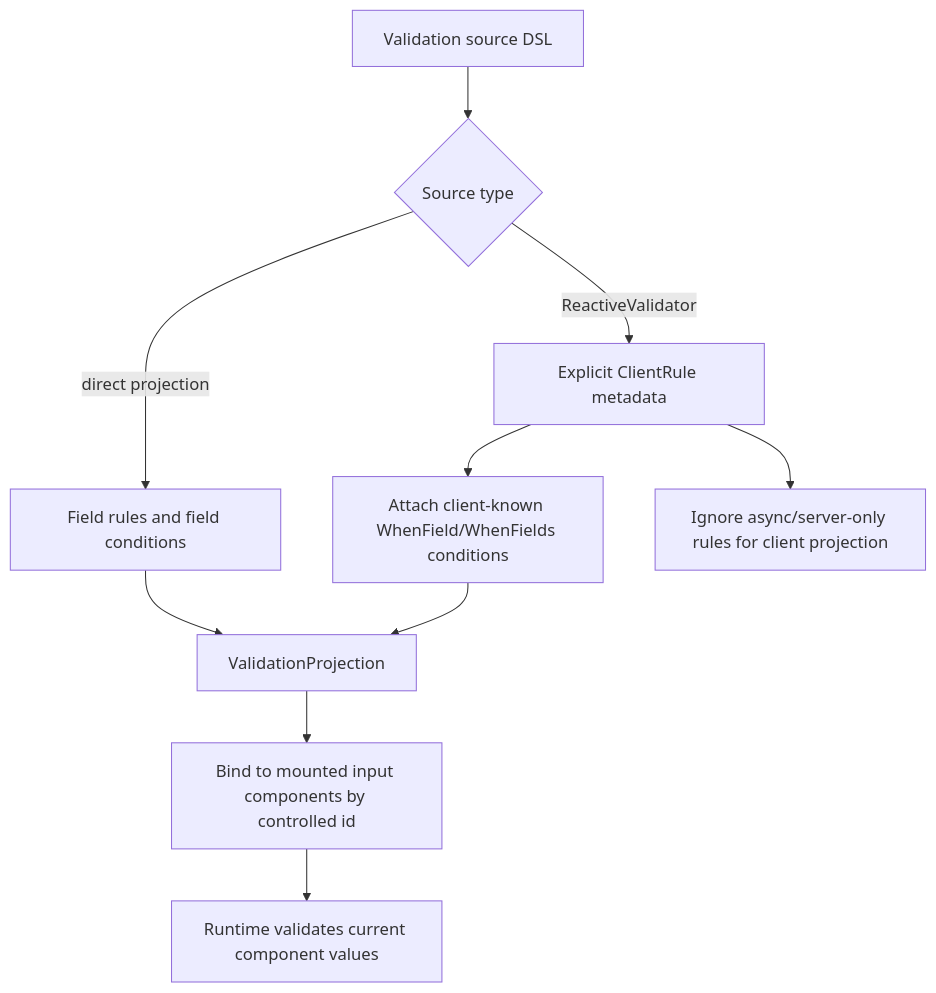
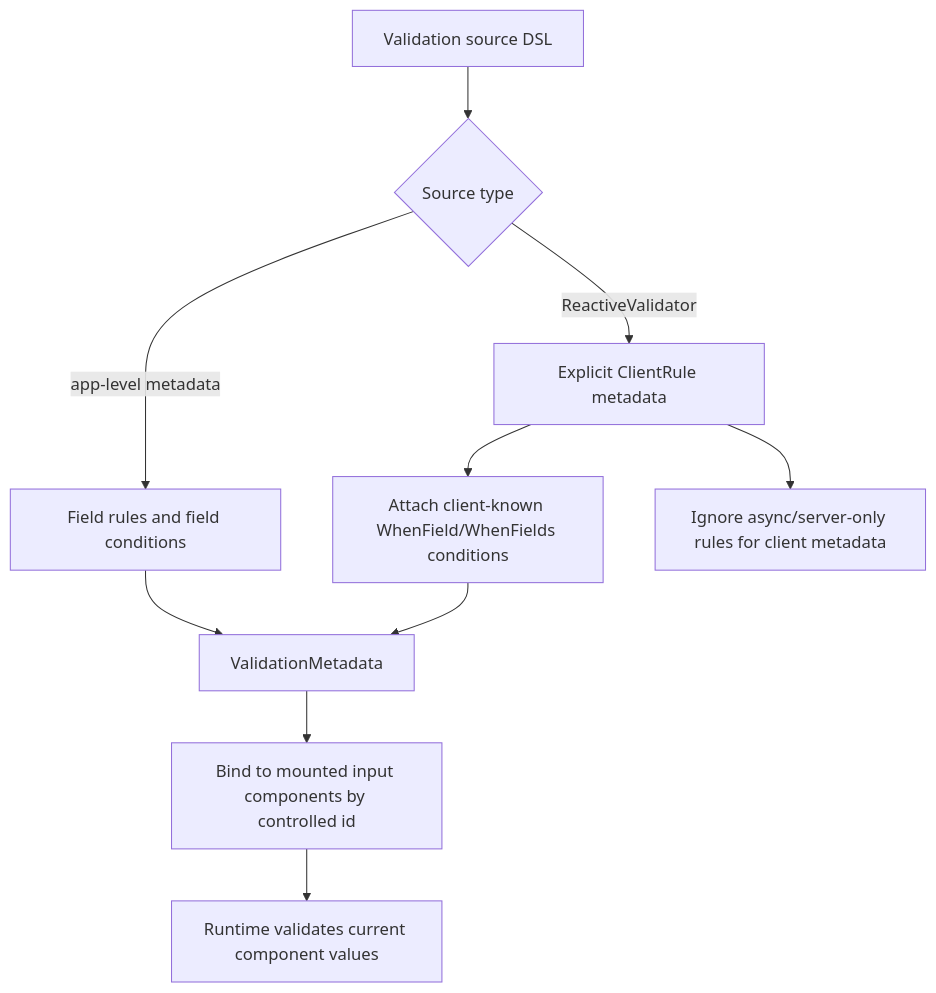
Before and after one commit to marafiq/alis-reactive: the sixth of 8 diagrams in docs/design/reactive-plan-domain-design.md, drawn with Mermaid. The commit also changed other lines of this file and 18 other files, not shown here.

Commit message:
Make client validation metadata DI owned

````diff
--- a/docs/design/reactive-plan-domain-design.md
+++ b/docs/design/reactive-plan-domain-design.md
@@ -224,12 +224,12 @@
 ```mermaid
 flowchart TD
     A[Validation source DSL] --> B{Source type}
-    B -->|direct projection| C[Field rules and field conditions]
+    B -->|app-level metadata| C[Field rules and field conditions]
     B -->|ReactiveValidator| D[Explicit ClientRule metadata]
     D --> E[Attach client-known WhenField/WhenFields conditions]
-    D --> F[Ignore async/server-only rules for client projection]
-    C --> G[ValidationProjection]
+    D --> F[Ignore async/server-only rules for client metadata]
+    C --> G[ValidationMetadata]
     E --> G
     G --> H[Bind to mounted input components by controlled id]
     H --> I[Runtime validates current component values]
 ```
````
